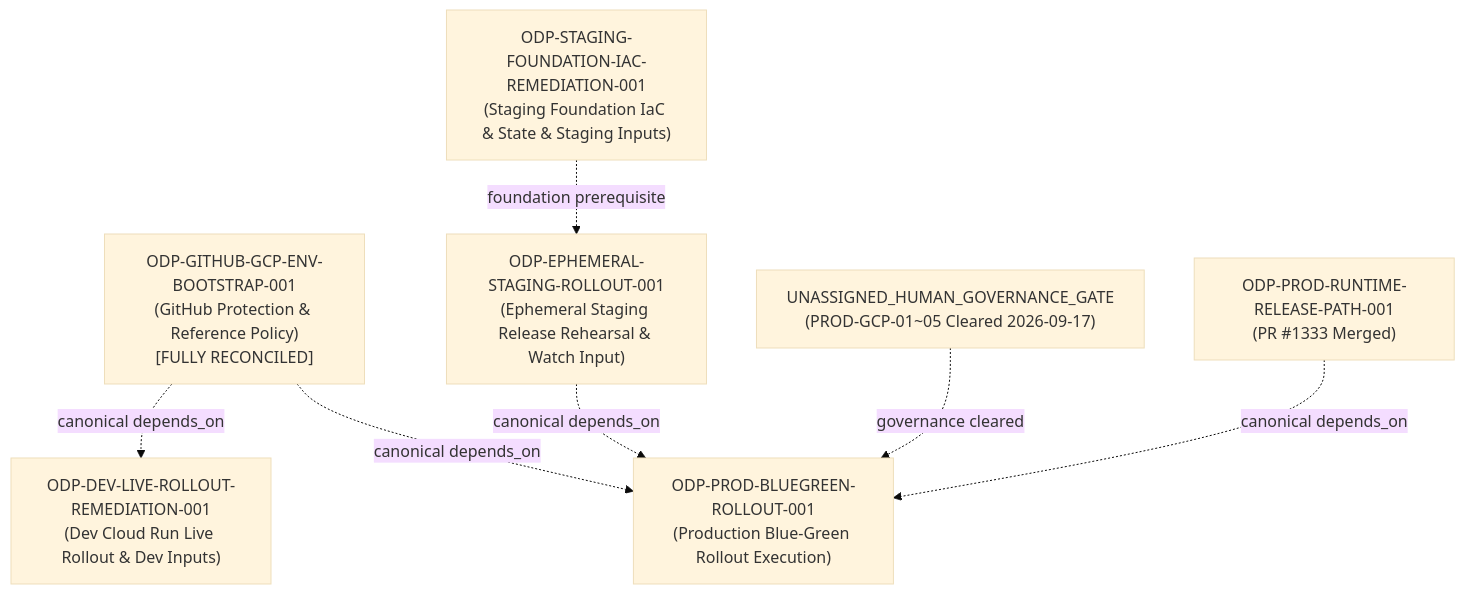
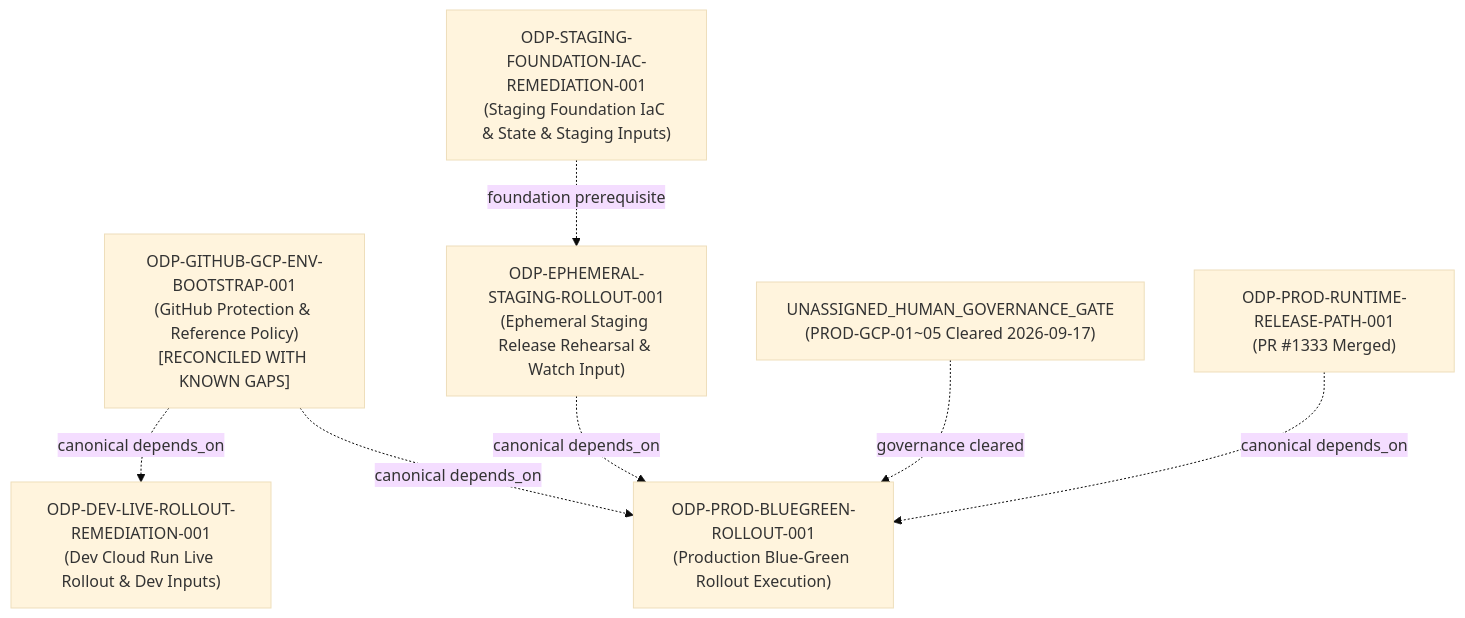
One commit to alfloop-dev/odayplus changed the diagram in docs/evidence/execution-control/ARCHIVE_RECOVERY_RECONCILIATION_20260911/ODP-GITHUB-GCP-ENV-BOOTSTRAP-001/README.md. Above: the diagram before and after it, drawn with Mermaid (base theme). The commit also changed other lines of this file and 2 other files, not shown here.

First line of the commit message:
ODP-GITHUB-GCP-ENV-BOOTSTRAP-001: 補齊 production 缺口交接與裁決取代關係

````diff
--- a/docs/evidence/execution-control/ARCHIVE_RECOVERY_RECONCILIATION_20260911/ODP-GITHUB-GCP-ENV-BOOTSTRAP-001/README.md
+++ b/docs/evidence/execution-control/ARCHIVE_RECOVERY_RECONCILIATION_20260911/ODP-GITHUB-GCP-ENV-BOOTSTRAP-001/README.md
@@ -76,20 +76,20 @@
 ```mermaid
 flowchart TD
-    BOOTSTRAP["ODP-GITHUB-GCP-ENV-BOOTSTRAP-001<br>(GitHub Protection & Reference Policy)<br>[FULLY RECONCILED]"]
+    BOOTSTRAP["ODP-GITHUB-GCP-ENV-BOOTSTRAP-001<br>(GitHub Protection & Reference Policy)<br>[RECONCILED WITH KNOWN GAPS]"]
 
     DEV_ROLLOUT["ODP-DEV-LIVE-ROLLOUT-REMEDIATION-001<br>(Dev Cloud Run Live Rollout & Dev Inputs)"]
     STAGING_IAC["ODP-STAGING-FOUNDATION-IAC-REMEDIATION-001<br>(Staging Foundation IaC & State & Staging Inputs)"]
     STAGING_ROLLOUT["ODP-EPHEMERAL-STAGING-ROLLOUT-001<br>(Ephemeral Staging Release Rehearsal & Watch Input)"]
 
     PROD_GCP_HUMAN["UNASSIGNED_HUMAN_GOVERNANCE_GATE<br>(PROD-GCP-01~05 Cleared 2026-09-17)"]
     PROD_PATH["ODP-PROD-RUNTIME-RELEASE-PATH-001<br>(PR #1333 Merged)"]
     PROD_ROLLOUT["ODP-PROD-BLUEGREEN-ROLLOUT-001<br>(Production Blue-Green Rollout Execution)"]
 
     BOOTSTRAP -.->|canonical depends_on| DEV_ROLLOUT
     BOOTSTRAP -.->|canonical depends_on| PROD_ROLLOUT
     STAGING_ROLLOUT -.->|canonical depends_on| PROD_ROLLOUT
     PROD_PATH -.->|canonical depends_on| PROD_ROLLOUT
 
     STAGING_IAC -.->|foundation prerequisite| STAGING_ROLLOUT
     PROD_GCP_HUMAN -.->|governance cleared| PROD_ROLLOUT
 ```
````
